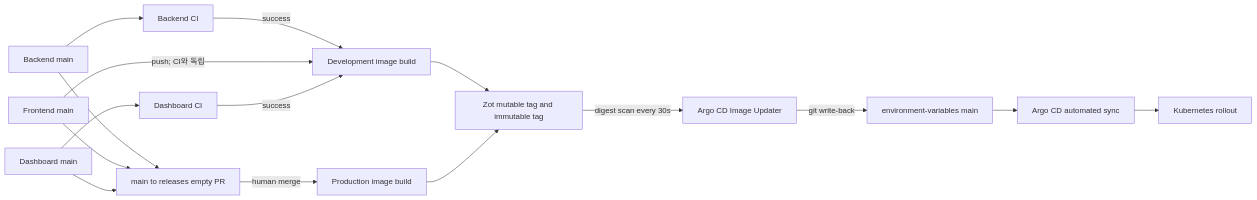
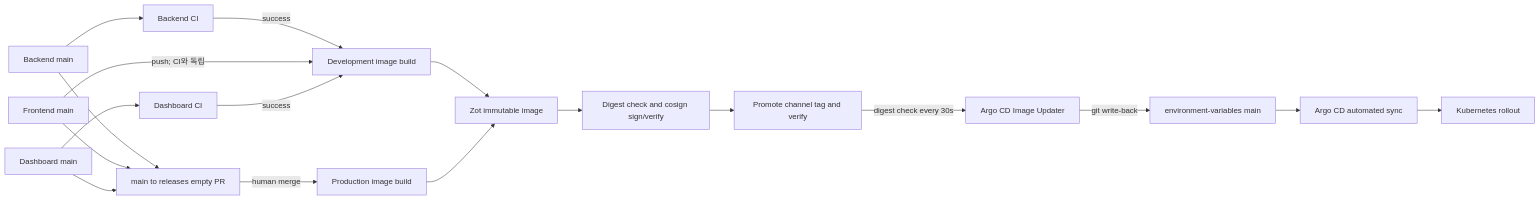
One commit to Whale0928/k8s-platform changed the diagram in docs/BottleNote 배포 운영 가이드.md. Above: the diagram before and after it, drawn with Mermaid. The commit also changed other lines of this file, not shown here.

````diff
--- a/docs/BottleNote 배포 운영 가이드.md
+++ b/docs/BottleNote 배포 운영 가이드.md
@@ -33,18 +39,20 @@
 ```mermaid
 flowchart LR
     BM[Backend main] --> BCI[Backend CI]
     BCI -->|success| DEV[Development image build]
     FM[Frontend main] -->|push; CI와 독립| DEV
     DM[Dashboard main] --> DCI[Dashboard CI]
     DCI -->|success| DEV
     BM --> RP[main to releases empty PR]
     FM --> RP
     DM --> RP
     RP -->|human merge| PROD[Production image build]
-    DEV --> Z[Zot mutable tag and immutable tag]
+    DEV --> Z[Zot immutable image]
     PROD --> Z
-    Z -->|digest scan every 30s| IU[Argo CD Image Updater]
+    Z --> V[Digest check and cosign sign/verify]
+    V --> P[Promote channel tag and verify]
+    P -->|digest check every 30s| IU[Argo CD Image Updater]
     IU -->|git write-back| EV[environment-variables main]
     EV --> A[Argo CD automated sync]
     A --> K[Kubernetes rollout]
 ```
````
